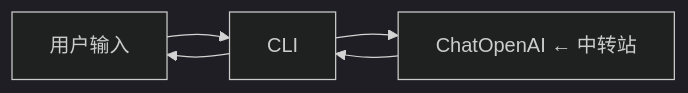
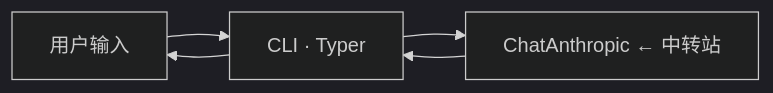
Before and after one commit to Eva-Dengyh/Lustre-Agent: the diagram in docs/day1-hello-agent.md, drawn with Mermaid (dark theme). The commit also changed other lines of this file and 8 other files, not shown here.

````diff
--- a/docs/day1-hello-agent.md
+++ b/docs/day1-hello-agent.md
@@ -29,6 +29,6 @@
 ```mermaid
 flowchart LR
-    user[用户输入] --> cli[CLI]
-    cli --> llm[ChatOpenAI ← 中转站]
+    user[用户输入] --> cli[CLI · Typer]
+    cli --> llm[ChatAnthropic ← 中转站]
     llm --> cli --> user
 ```
````
